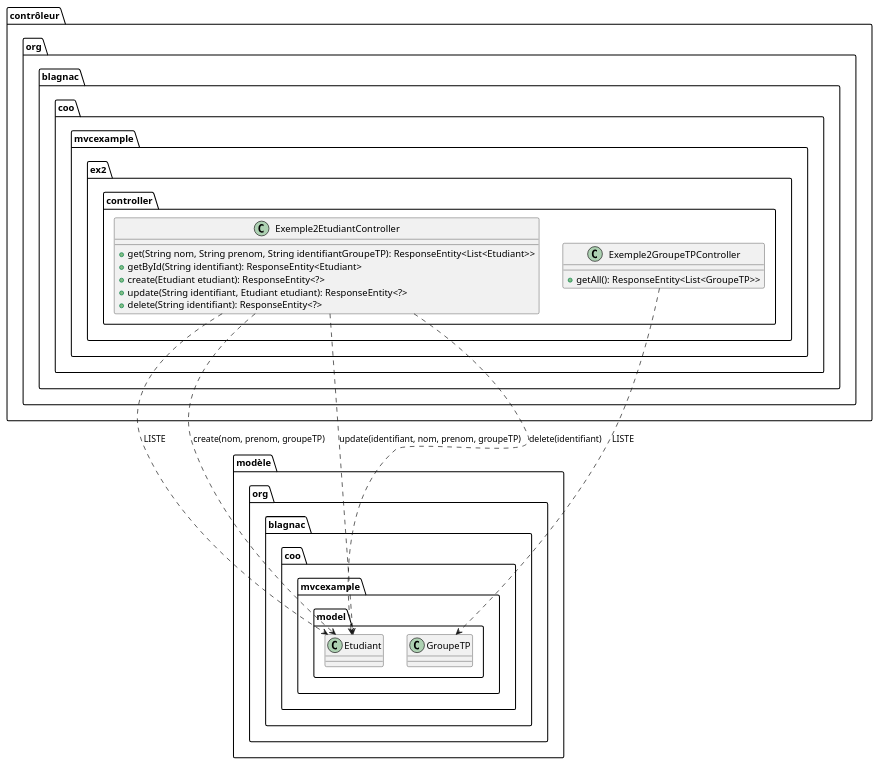
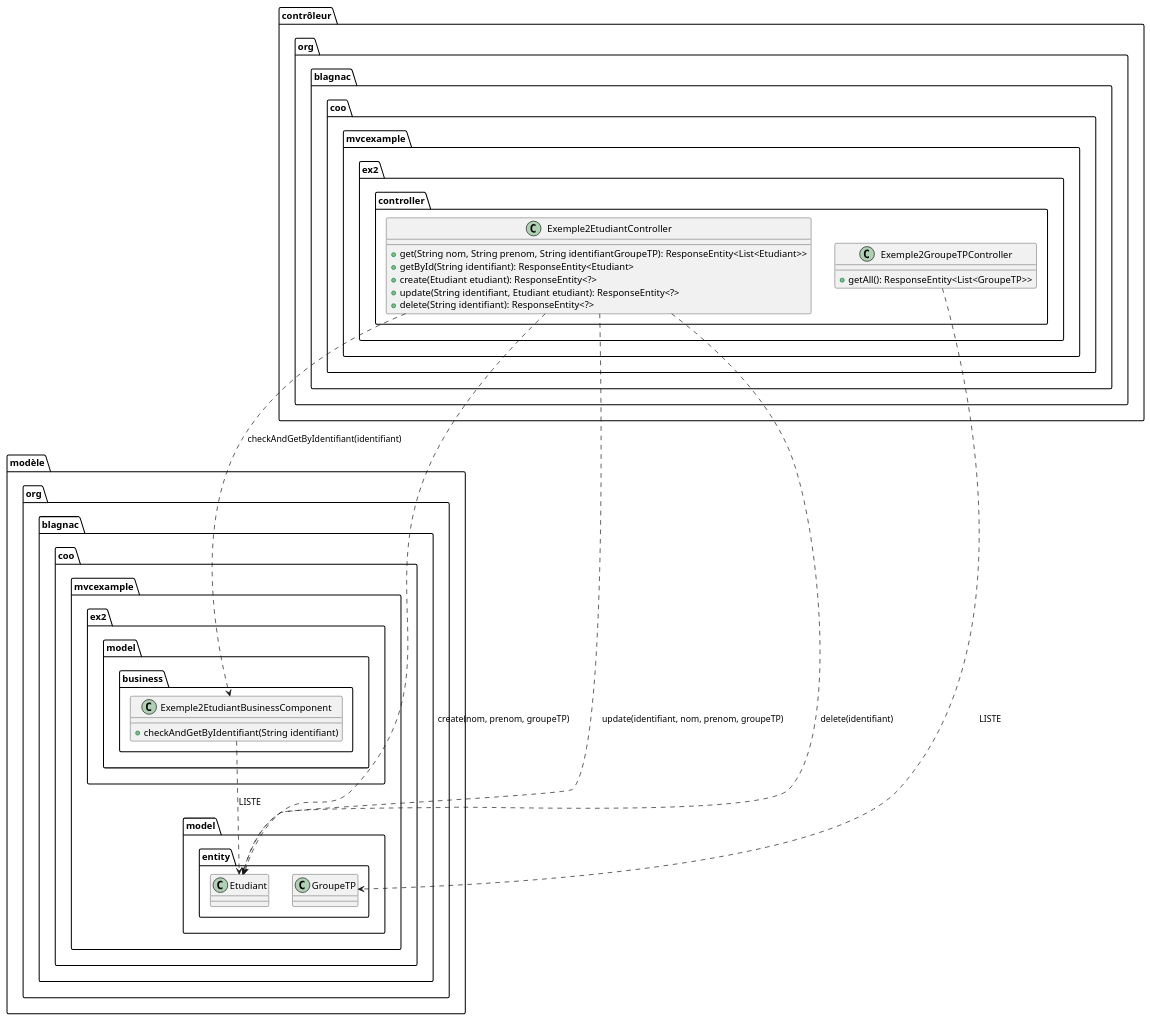
Before and after one commit to tgoubin/mvc-example: the third of 4 diagrams in src/main/doc/exemple2.adoc, drawn with PlantUML. The commit also changed other lines of this file and 4 other files, not shown here.

```diff
--- a/src/main/doc/exemple2.adoc
+++ b/src/main/doc/exemple2.adoc
@@ -164,35 +150,42 @@
 [plantuml, "ex2-controleur", png]  
 ----
 @startuml
 
 folder contrôleur {
 	package org.blagnac.coo.mvcexample.ex2.controller {
 		class Exemple2EtudiantController {
 			+ get(String nom, String prenom, String identifiantGroupeTP): ResponseEntity<List<Etudiant>>
 			+ getById(String identifiant): ResponseEntity<Etudiant>
 			+ create(Etudiant etudiant): ResponseEntity<?>
 			+ update(String identifiant, Etudiant etudiant): ResponseEntity<?>
 			+ delete(String identifiant): ResponseEntity<?>
 		}
 		
 		class Exemple2GroupeTPController {
 			+ getAll(): ResponseEntity<List<GroupeTP>>
 		}
 	}
 }
 
 folder modèle {
-	package org.blagnac.coo.mvcexample.model {
+	package org.blagnac.coo.mvcexample.ex2.model.business {
+		class Exemple2EtudiantBusinessComponent {
+			+ checkAndGetByIdentifiant(String identifiant)
+		}
+	}
+	
+	package org.blagnac.coo.mvcexample.model.entity {
 	    class Etudiant
 	    class GroupeTP
 	}
 }
 
-Exemple2EtudiantController ..> Etudiant: LISTE
+Exemple2EtudiantController ..> Exemple2EtudiantBusinessComponent: checkAndGetByIdentifiant(identifiant)
+Exemple2EtudiantBusinessComponent ..> Etudiant: LISTE
 Exemple2EtudiantController ..> Etudiant: create(nom, prenom, groupeTP)
 Exemple2EtudiantController ..> Etudiant: update(identifiant, nom, prenom, groupeTP)
 Exemple2EtudiantController ..> Etudiant: delete(identifiant)
 Exemple2GroupeTPController ..> GroupeTP: LISTE
 
 @enduml
 ----
```
